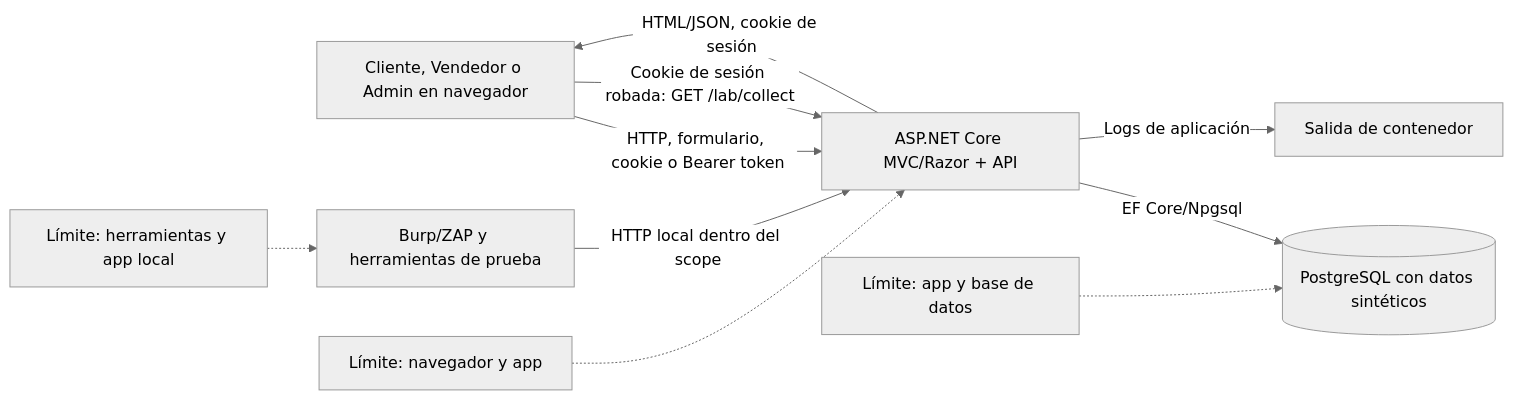
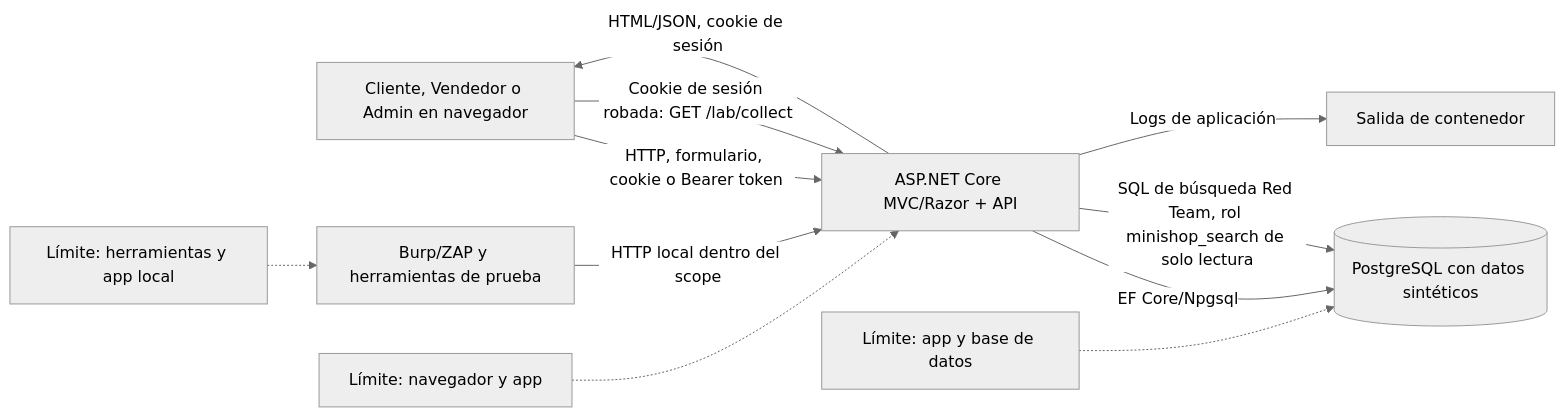
Before and after one commit to RainieryPeniaJrg/unapec-isw-mini-shop-security-lab: the diagram in threat-model/dfd.md, drawn with Mermaid (neutral theme). The commit also changed other lines of this file and 102 other files, not shown here.

````diff
--- a/threat-model/dfd.md
+++ b/threat-model/dfd.md
@@ -7,12 +7,13 @@
 ```mermaid
 flowchart LR
   U["Cliente, Vendedor o Admin en navegador"] -->|"HTTP, formulario, cookie o Bearer token"| W["ASP.NET Core MVC/Razor + API"]
   W -->|"HTML/JSON, cookie de sesión"| U
   P["Burp/ZAP y herramientas de prueba"] -->|"HTTP local dentro del scope"| W
   W -->|"EF Core/Npgsql"| D[("PostgreSQL con datos sintéticos")]
+  W -->|"SQL de búsqueda Red Team, rol minishop_search de solo lectura"| D
   W -->|"Logs de aplicación"| L["Salida de contenedor"]
   U -->|"Cookie de sesión robada: GET /lab/collect"| W
   B1["Límite: navegador y app"] -.-> W
   B2["Límite: app y base de datos"] -.-> D
   B3["Límite: herramientas y app local"] -.-> P
 ```
````
